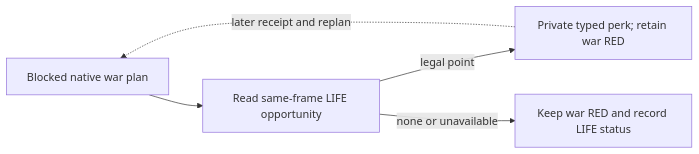
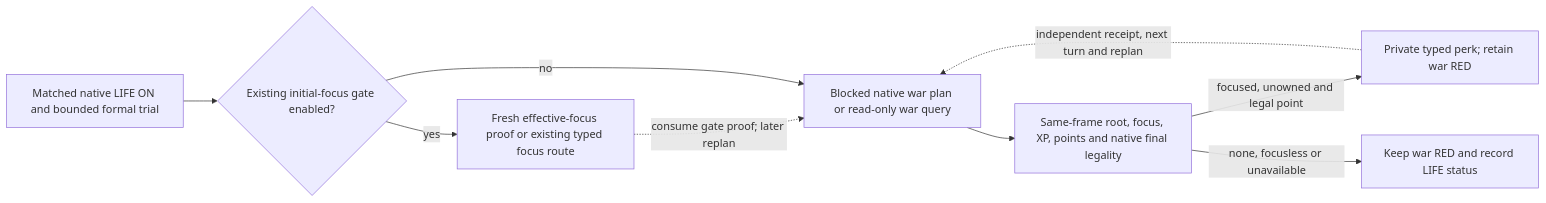
One commit to XenoAmess/ck3_eternal_recurrence changed the second of 22 diagrams in docs/ck3-native-ai/lifestyle-focus-perk-ai.md. Above: the diagram before and after it, drawn with Mermaid. The commit also changed other lines of this file and 1 other file, not shown here.

Commit message:
NW-LIFE-ECON document R0400 activation boundaries

````diff
--- a/docs/ck3-native-ai/lifestyle-focus-perk-ai.md
+++ b/docs/ck3-native-ai/lifestyle-focus-perk-ai.md
@@ -87,7 +135,11 @@
 ```mermaid
 flowchart LR
-  W[Blocked native war plan] --> L[Read same-frame LIFE opportunity]
-  L -->|legal point| P[Private typed perk; retain war RED]
-  L -->|none or unavailable| R[Keep war RED and record LIFE status]
-  P -. later receipt and replan .-> W
+  N[Matched native LIFE ON and bounded formal trial] --> G{Existing initial-focus gate enabled?}
+  G -->|yes| O[Fresh effective-focus proof or existing typed focus route]
+  O -. consume gate proof; later replan .-> W[Blocked native war plan or read-only war query]
+  G -->|no| W
+  W --> L[Same-frame root, focus, XP, points and native final legality]
+  L -->|focused, unowned and legal point| P[Private typed perk; retain war RED]
+  L -->|none, focusless or unavailable| R[Keep war RED and record LIFE status]
+  P -. independent receipt, next turn and replan .-> W
 ```
````
